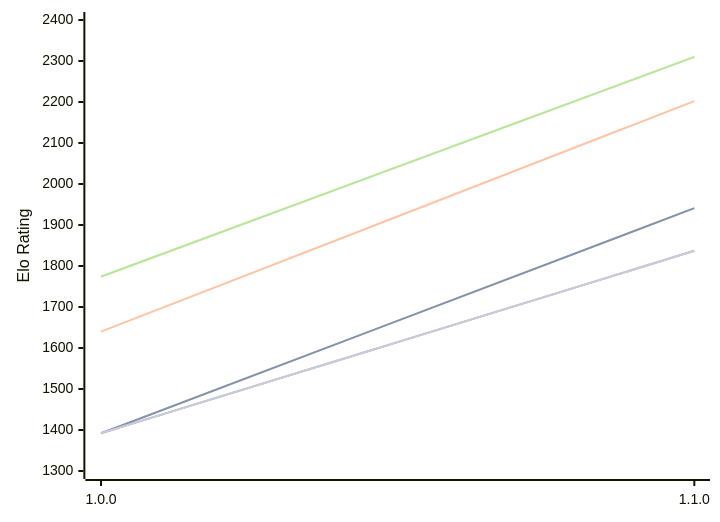
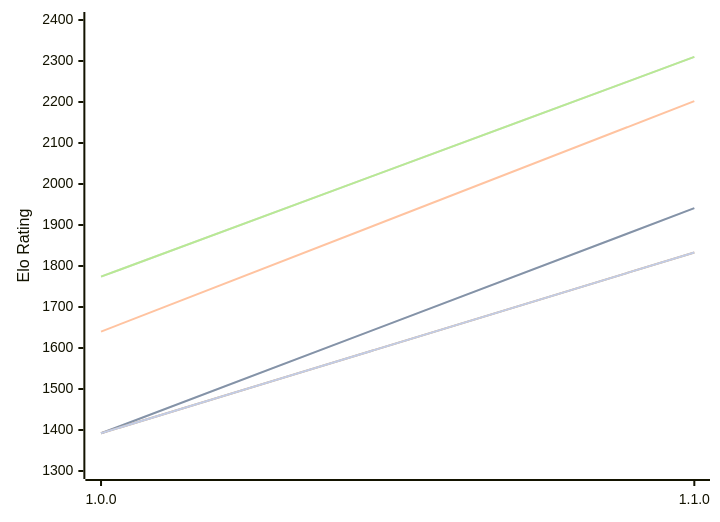
Before and after one commit to computer-chess-index/cci: the diagram in engines/Akerbeltz.md, drawn with Mermaid. The commit also changed other lines of this file, not shown here.

````diff
--- a/engines/Akerbeltz.md
+++ b/engines/Akerbeltz.md
@@ -48,13 +48,13 @@
 ```mermaid
 %%{init: {"theme":"base","themeVariables":{"seriesColors:['#a3a3a3','#222221','#faa371']}}}%%
 xychart-beta
   x-axis ["1.0.0", "1.1.0"]
   y-axis "Elo Rating" 1300 --> 2400
   line "" [1392, 1941]
   line "T1: STC (8.0+0.08s)" [1392, 1941]
   line "T1: LTC (60.0+0.60s)" [1640, 2202]
   line "" [1774, 2310]
   line "T1: VLTC (2m24s+1.12s)" [1774, 2310]
-  line "" [1392,1837]
-  line "E1: STC (8.0+0.08s)" [1392,1837]
+  line "" [1392,1833]
+  line "E1: STC (8.0+0.08s)" [1392,1833]
 ```
````
